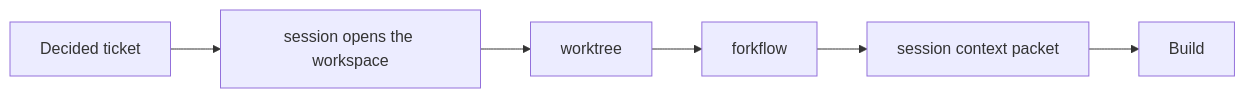
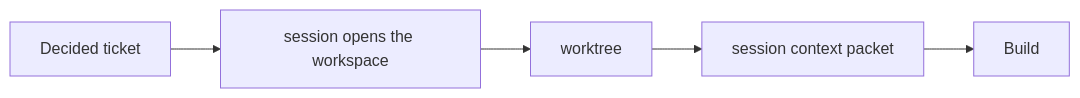
One commit to FAZuH/agent changed the fourth of 14 diagrams in docs/skill-guide.md. Above: the diagram before and after it, drawn with Mermaid. The commit also changed other lines of this file and 2 other files, not shown here.

Commit message:
docs: drop forkflow from the skill inventory

````diff
--- a/docs/skill-guide.md
+++ b/docs/skill-guide.md
@@ -87,8 +87,7 @@
 ```mermaid
 flowchart LR
   N[Decided ticket] --> S[session opens the workspace]
   S --> W[worktree]
-  W --> F[forkflow]
-  F --> C[session context packet]
+  W --> C[session context packet]
   C --> B[Build]
 ```
````
